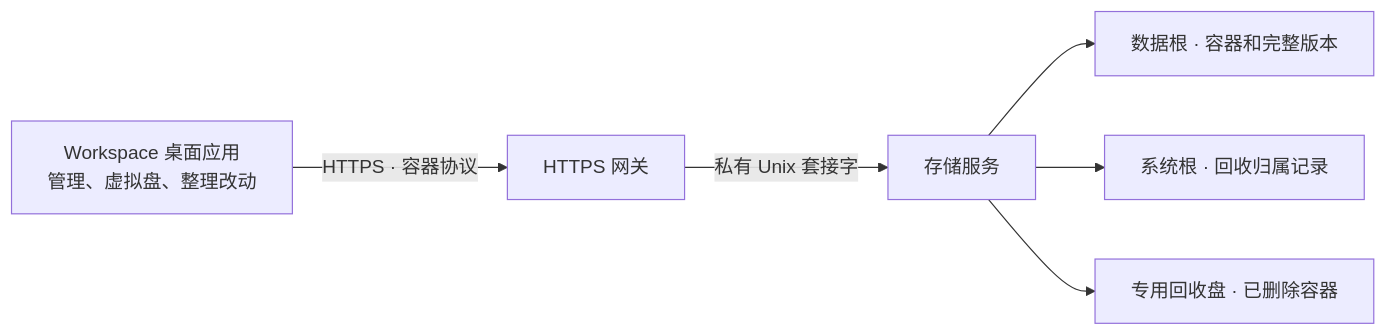
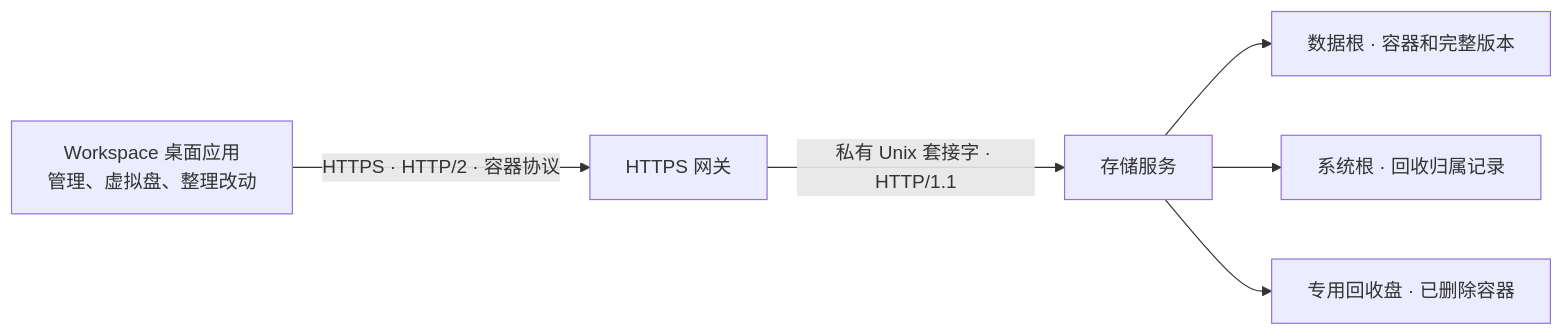
One commit to isarmg/zxs changed the diagram in zxs/ARCHITECTURE.md. Above: the diagram before and after it, drawn with Mermaid. The commit also changed other lines of this file and 3 other files, not shown here.

````diff
--- a/zxs/ARCHITECTURE.md
+++ b/zxs/ARCHITECTURE.md
@@ -3,8 +3,8 @@
 ```mermaid
 flowchart LR
-    A["Workspace 桌面应用<br/>管理、虚拟盘、整理改动"] -->|"HTTPS · 容器协议"| T["HTTPS 网关"]
-    T -->|"私有 Unix 套接字"| S["存储服务"]
+    A["Workspace 桌面应用<br/>管理、虚拟盘、整理改动"] -->|"HTTPS · HTTP/2 · 容器协议"| T["HTTPS 网关"]
+    T -->|"私有 Unix 套接字 · HTTP/1.1"| S["存储服务"]
     S --> D["数据根 · 容器和完整版本"]
     S --> M["系统根 · 回收归属记录"]
     S --> R["专用回收盘 · 已删除容器"]
 ```
````
